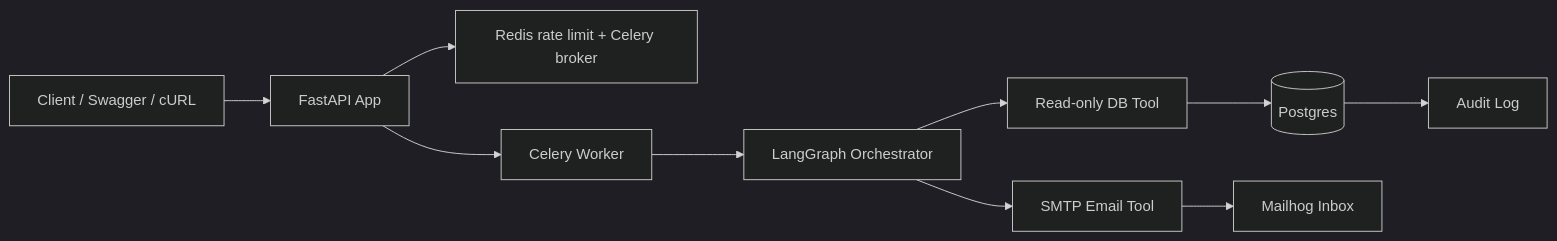
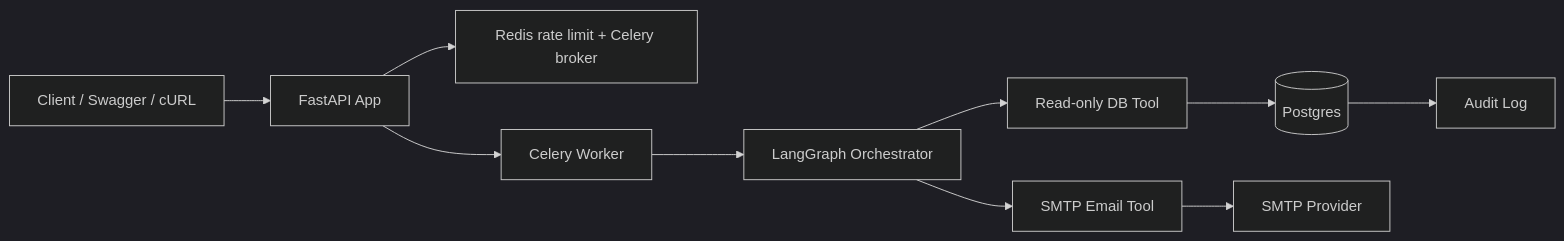
Before and after one commit to AdityaKaushal17/tool-calling-agent: the diagram in README.md, drawn with Mermaid (dark theme). The commit also changed other lines of this file and 4 other files, not shown here.

````diff
--- a/README.md
+++ b/README.md
@@ -11,12 +78,12 @@
 ```mermaid
 flowchart LR
 	Client[Client / Swagger / cURL] --> API[FastAPI App]
 	API --> Redis[Redis rate limit + Celery broker]
 	API --> Worker[Celery Worker]
 	Worker --> Graph[LangGraph Orchestrator]
 	Graph --> DBTool[Read-only DB Tool]
 	Graph --> EmailTool[SMTP Email Tool]
 	DBTool --> Postgres[(Postgres)]
-	EmailTool --> Mailhog[Mailhog Inbox]
+	EmailTool --> SMTP[SMTP Provider]
 	Postgres --> Audit[Audit Log]
 ```
````
